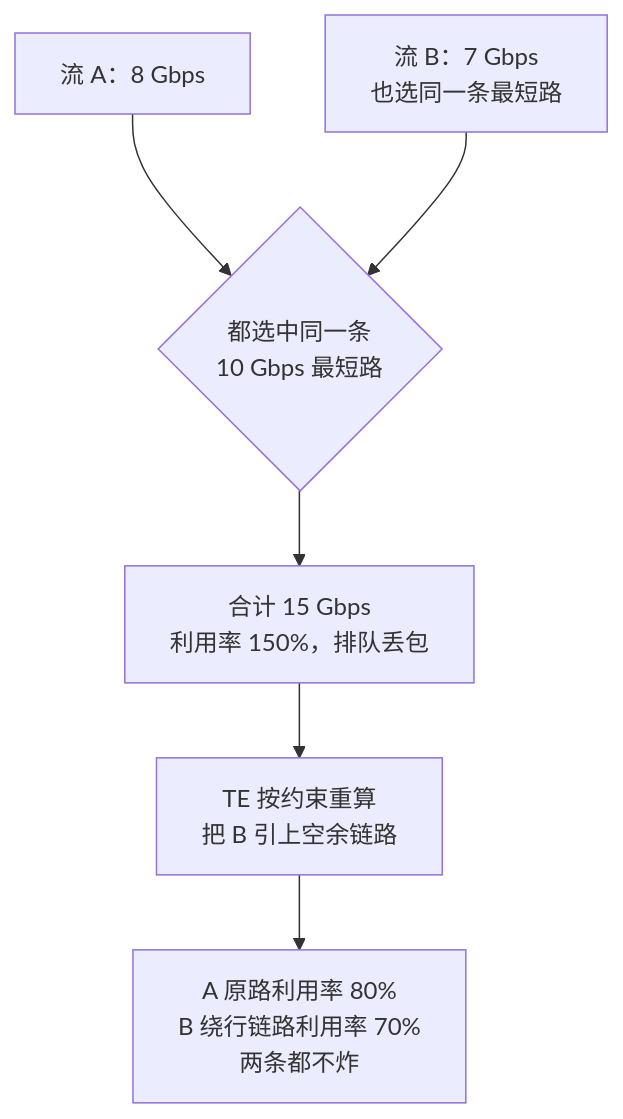
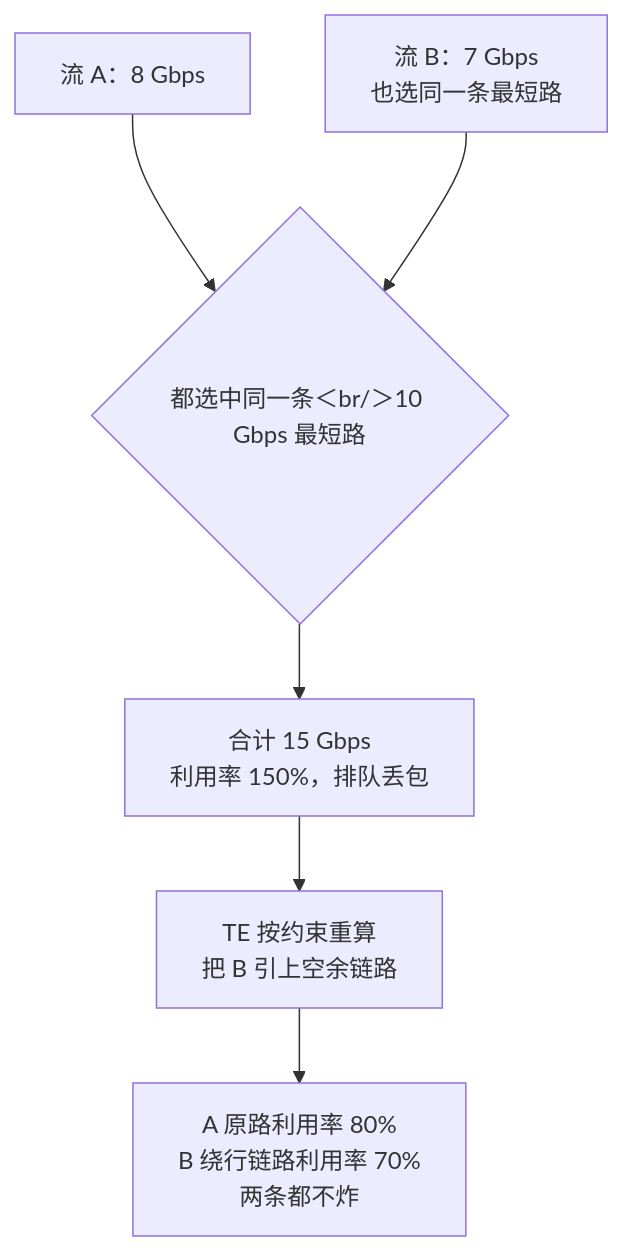
The second of 2 diagrams in docs/cs/traffic-engineering.md (xhongduo-tech/xhongduo-tech.github.io), drawn with Mermaid before and after one commit. The commit also changed 291 other files, not shown here.

Commit message:
Normalize lesson titles to tree names and repair mermaid arrow/quote syntax site-wide.

````diff
--- a/docs/cs/traffic-engineering.md
+++ b/docs/cs/traffic-engineering.md
@@ -51,8 +51,8 @@
 ```mermaid
 flowchart TD
-  FA["流 A：8 Gbps"] --> L1{"都选中同一条<br/>10 Gbps 最短路"}
+  FA["流 A：8 Gbps"] --> L1{"都选中同一条＜br/＞10 Gbps 最短路"}
   FB["流 B：7 Gbps<br/>也选同一条最短路"] --> L1
   L1 --> HOT["合计 15 Gbps<br/>利用率 150%，排队丢包"]
   HOT --> TE["TE 按约束重算<br/>把 B 引上空余链路"]
   TE --> OK["A 原路利用率 80%<br/>B 绕行链路利用率 70%<br/>两条都不炸"]
 ```
````
